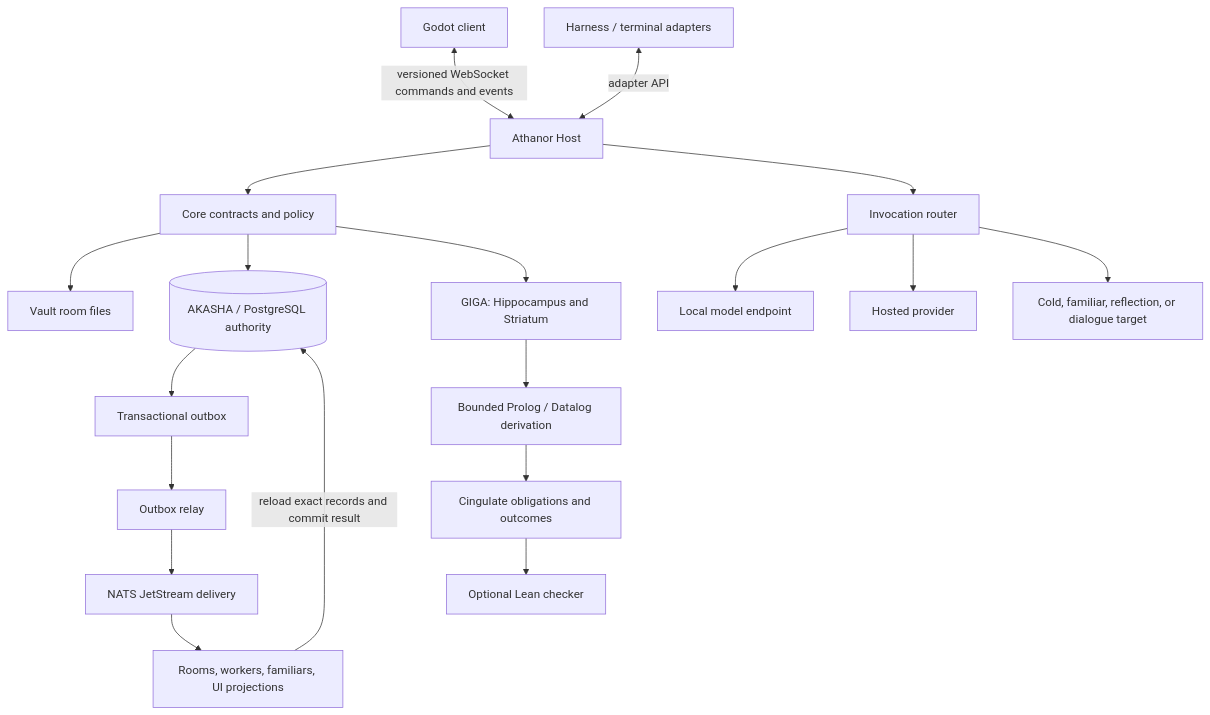
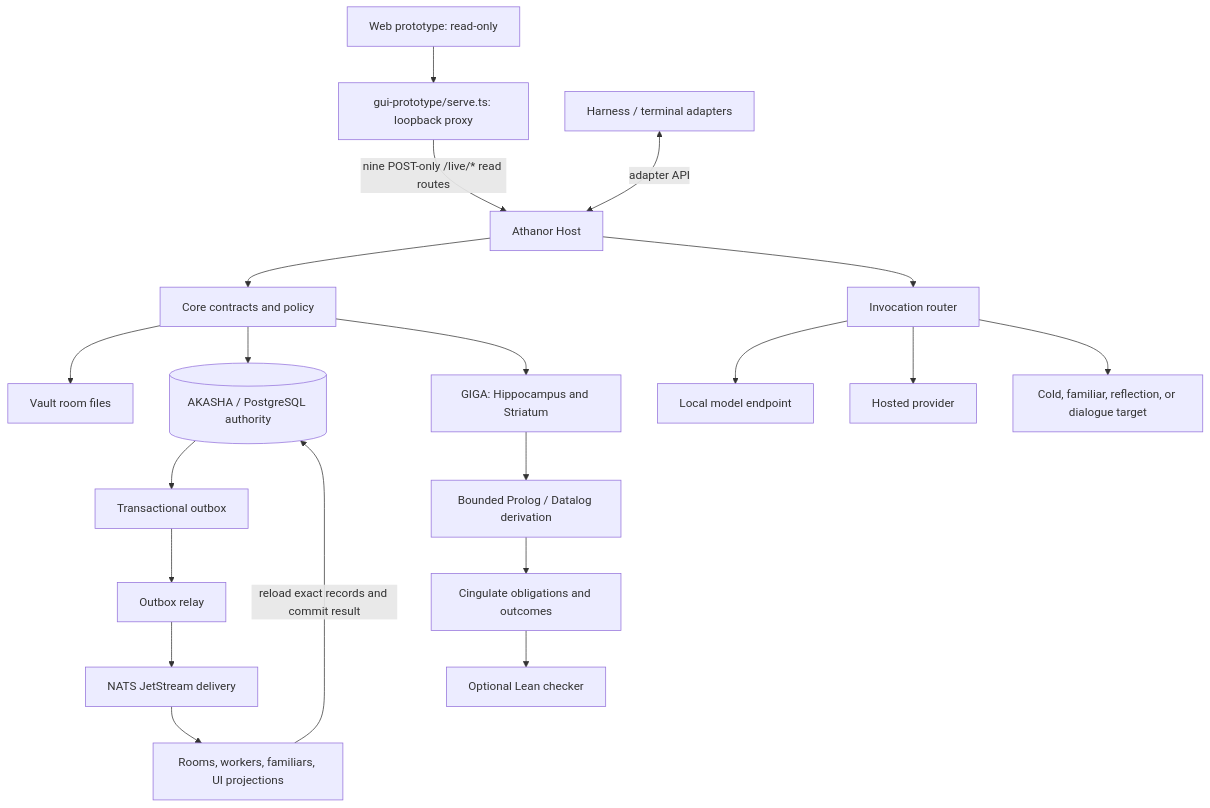
Before and after one commit to solarisael/the-athanor: the first of 4 diagrams in docs/RUNTIME_ARCHITECTURE.md, drawn with Mermaid. The commit also changed other lines of this file and 15 other files, not shown here.

First line of the commit message:
docs: the web prototype is the operator door; Godot is parked

````diff
--- a/docs/RUNTIME_ARCHITECTURE.md
+++ b/docs/RUNTIME_ARCHITECTURE.md
@@ -82,25 +82,26 @@
 ```mermaid
 flowchart TD
-  UI[Godot client] <-->|versioned WebSocket commands and events| HOST[Athanor Host]
+  UI[Web prototype: read-only] --> PROXY[gui-prototype/serve.ts: loopback proxy]
+  PROXY -->|nine POST-only /live/* read routes| HOST[Athanor Host]
   TERM[Harness / terminal adapters] <-->|adapter API| HOST
 
   HOST --> CORE[Core contracts and policy]
   CORE --> VAULT[Vault room files]
   CORE --> AKASHA[(AKASHA / PostgreSQL authority)]
 
   AKASHA --> OUTBOX[Transactional outbox]
   OUTBOX --> RELAY[Outbox relay]
   RELAY --> NATS[NATS JetStream delivery]
   NATS --> CONSUMERS[Rooms, workers, familiars, UI projections]
   CONSUMERS -->|reload exact records and commit result| AKASHA
 
   CORE --> GIGA[GIGA: Hippocampus and Striatum]
   GIGA --> RULES[Bounded Prolog / Datalog derivation]
   RULES --> CING[Cingulate obligations and outcomes]
   CING --> LEAN[Optional Lean checker]
 
   HOST --> ROUTER[Invocation router]
   ROUTER --> LOCAL[Local model endpoint]
   ROUTER --> PROVIDER[Hosted provider]
   ROUTER --> ROOMS[Cold, familiar, reflection, or dialogue target]
 ```
````
